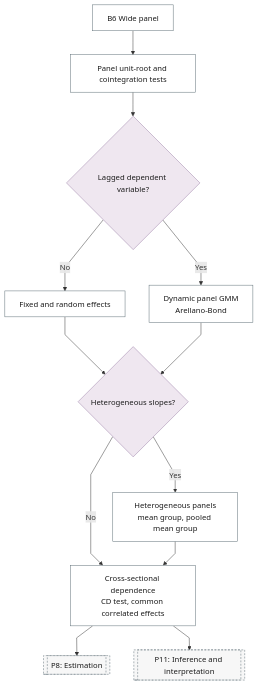
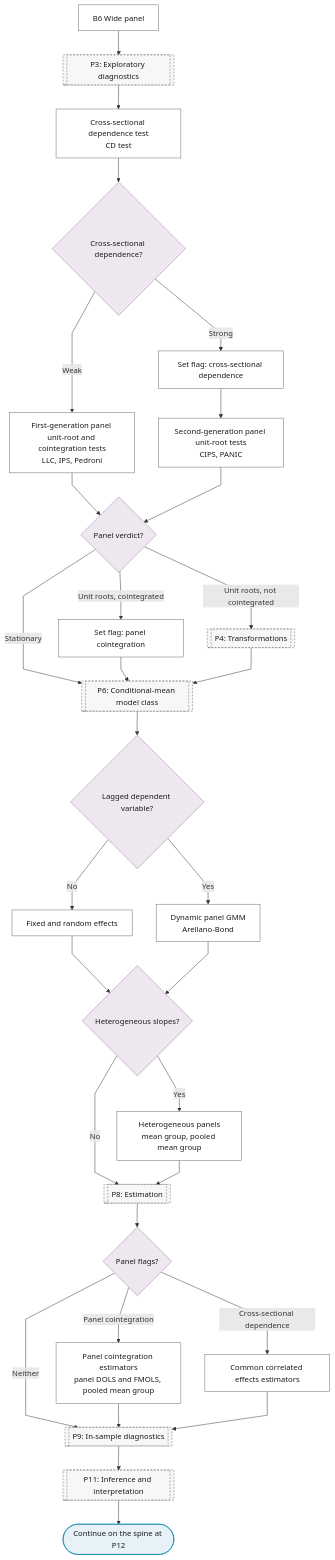
Before and after one commit to Shuxin-Y/time-series-analysis-manual: the diagram in docs/reference/32-panel-time-series/index.md, drawn with Mermaid. The commit also changed other lines of this file and 8 other files, not shown here.

````diff
--- a/docs/reference/32-panel-time-series/index.md
+++ b/docs/reference/32-panel-time-series/index.md
@@ -7,25 +7,41 @@
 ```mermaid
 %%{init: {"flowchart": {"curve": "linear"}}}%%
 graph TD
-    B6["B6 Wide panel"] --> B6_PANEL_UNIT_ROOT["Panel unit-root and cointegration tests"]
-    B6_PANEL_UNIT_ROOT --> B6_DYNAMIC{"Lagged dependent variable?"}
+    B6["B6 Wide panel"] --> P3[["P3: Exploratory diagnostics"]]
+    P3 --> B6_CROSS_SECTION_DEPENDENCE["Cross-sectional dependence test<br/>CD test"]
+    B6_CROSS_SECTION_DEPENDENCE --> B6_CD{"Cross-sectional dependence?"}
+    B6_CD -->|"Weak"| B6_PANEL_UNIT_ROOT["First-generation panel unit-root and cointegration tests<br/>LLC, IPS, Pedroni"]
+    B6_CD -->|"Strong"| B6_CD_FLAG["Set flag: cross-sectional dependence"]
+    B6_CD_FLAG --> B6_SECOND_GENERATION["Second-generation panel unit-root tests<br/>CIPS, PANIC"]
+    B6_PANEL_UNIT_ROOT & B6_SECOND_GENERATION --> B6_VERDICT{"Panel verdict?"}
+    B6_VERDICT -->|"Unit roots, cointegrated"| B6_COINT_FLAG["Set flag: panel cointegration"]
+    B6_VERDICT -->|"Unit roots, not cointegrated"| P4[["P4: Transformations"]]
+    B6_VERDICT -->|"Stationary"| P6
+    B6_COINT_FLAG & P4 --> P6[["P6: Conditional-mean model class"]]
+    P6 --> B6_DYNAMIC{"Lagged dependent variable?"}
     B6_DYNAMIC -->|"No"| B6_STATIC_PANEL["Fixed and random effects"]
     B6_DYNAMIC -->|"Yes"| B6_DYNAMIC_PANEL["Dynamic panel GMM<br/>Arellano-Bond"]
     B6_STATIC_PANEL & B6_DYNAMIC_PANEL --> B6_HETERO{"Heterogeneous slopes?"}
     B6_HETERO -->|"Yes"| B6_HETEROGENEOUS["Heterogeneous panels<br/>mean group, pooled mean group"]
-    B6_HETERO -->|"No"| B6_CROSS_SECTION_DEPENDENCE
-    B6_HETEROGENEOUS --> B6_CROSS_SECTION_DEPENDENCE["Cross-sectional dependence<br/>CD test, common correlated effects"]
-    B6_CROSS_SECTION_DEPENDENCE --> P8[["P8: Estimation"]]
-    B6_CROSS_SECTION_DEPENDENCE --> P11[["P11: Inference and interpretation"]]
-    class B6_DYNAMIC,B6_HETERO decision
-    class B6,B6_PANEL_UNIT_ROOT,B6_STATIC_PANEL,B6_DYNAMIC_PANEL,B6_HETEROGENEOUS,B6_CROSS_SECTION_DEPENDENCE process
-    class P8,P11 ref
+    B6_HETERO -->|"No"| P8
+    B6_HETEROGENEOUS --> P8[["P8: Estimation"]]
+    P8 --> B6_ESTIMATOR{"Panel flags?"}
+    B6_ESTIMATOR -->|"Panel cointegration"| B6_PANEL_COINTEGRATION["Panel cointegration estimators<br/>panel DOLS and FMOLS, pooled mean group"]
+    B6_ESTIMATOR -->|"Cross-sectional dependence"| B6_CCE["Common correlated effects estimators"]
+    B6_ESTIMATOR -->|"Neither"| P9
+    B6_PANEL_COINTEGRATION & B6_CCE --> P9[["P9: In-sample diagnostics"]]
+    P9 --> P11[["P11: Inference and interpretation"]]
+    P11 --> B6_OUT(["Continue on the spine at P12"])
+    class B6_OUT terminator
+    class B6_CD,B6_VERDICT,B6_DYNAMIC,B6_HETERO,B6_ESTIMATOR decision
+    class B6,B6_CROSS_SECTION_DEPENDENCE,B6_PANEL_UNIT_ROOT,B6_CD_FLAG,B6_SECOND_GENERATION,B6_COINT_FLAG,B6_STATIC_PANEL,B6_DYNAMIC_PANEL,B6_HETEROGENEOUS,B6_PANEL_COINTEGRATION,B6_CCE process
+    class P3,P4,P6,P8,P9,P11 ref
     classDef terminator fill:#E6F2F7,stroke:#007BA7,color:#1A1A1A;
     classDef process fill:#FFFFFF,stroke:#5A6B73,color:#1A1A1A;
     classDef decision fill:#EFE7F0,stroke:#9B7FA7,color:#1A1A1A;
     classDef data fill:#FFF4E0,stroke:#C9A55E,color:#1A1A1A;
     classDef good fill:#DCEFD8,stroke:#4A7A3F,color:#1A1A1A;
     classDef escalate fill:#FFE9C2,stroke:#C9A55E,color:#1A1A1A;
     classDef problem fill:#F2D9DE,stroke:#800020,color:#1A1A1A;
     classDef ref fill:#F7F7F7,stroke:#5A6B73,color:#1A1A1A,stroke-dasharray:4 3;
 ```
````
